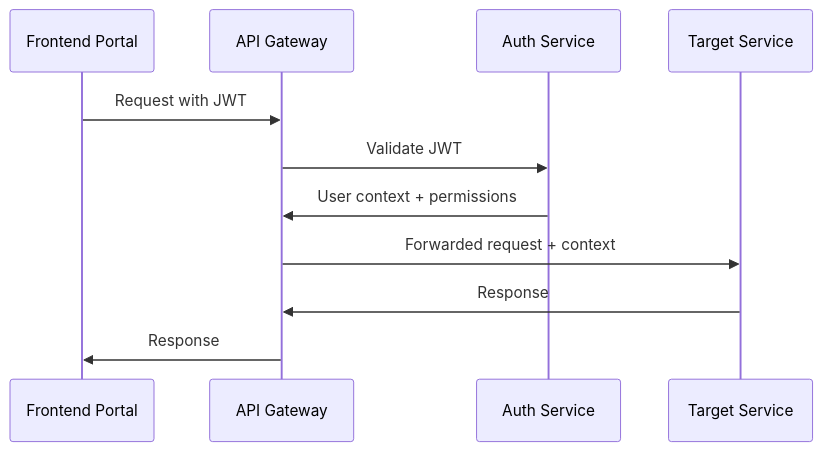
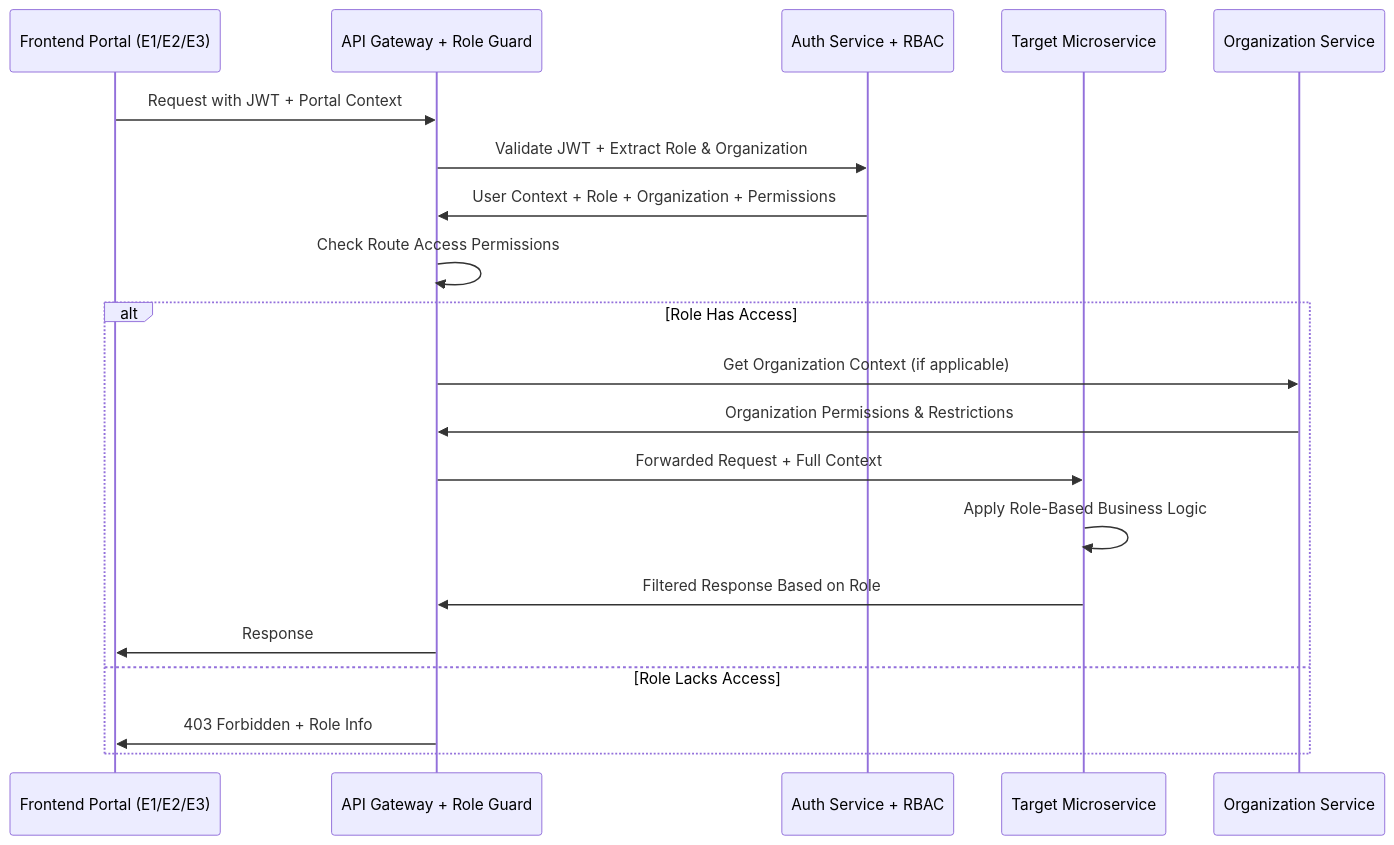
One commit to Game-Triggers/prototype changed the diagram in docs/MICROSERVICES_PORTAL_MAPPING.md. Above: the diagram before and after it, drawn with Mermaid. The commit also changed other lines of this file and 4 other files, not shown here.

````diff
--- a/docs/MICROSERVICES_PORTAL_MAPPING.md
+++ b/docs/MICROSERVICES_PORTAL_MAPPING.md
@@ -259,14 +426,23 @@
 ```mermaid
 sequenceDiagram
-    participant Portal as Frontend Portal
-    participant Gateway as API Gateway
-    participant Auth as Auth Service
-    participant Service as Target Service
+    participant Portal as Frontend Portal (E1/E2/E3)
+    participant Gateway as API Gateway + Role Guard
+    participant Auth as Auth Service + RBAC
+    participant Service as Target Microservice
+    participant OrgService as Organization Service
     
-    Portal->>Gateway: Request with JWT
-    Gateway->>Auth: Validate JWT
-    Auth->>Gateway: User context + permissions
-    Gateway->>Service: Forwarded request + context
-    Service->>Gateway: Response
-    Gateway->>Portal: Response
+    Portal->>Gateway: Request with JWT + Portal Context
+    Gateway->>Auth: Validate JWT + Extract Role & Organization
+    Auth->>Gateway: User Context + Role + Organization + Permissions
+    Gateway->>Gateway: Check Route Access Permissions
+    alt Role Has Access
+        Gateway->>OrgService: Get Organization Context (if applicable)
+        OrgService->>Gateway: Organization Permissions & Restrictions
+        Gateway->>Service: Forwarded Request + Full Context
+        Service->>Service: Apply Role-Based Business Logic
+        Service->>Gateway: Filtered Response Based on Role
+        Gateway->>Portal: Response
+    else Role Lacks Access
+        Gateway->>Portal: 403 Forbidden + Role Info
+    end
 ```
````
